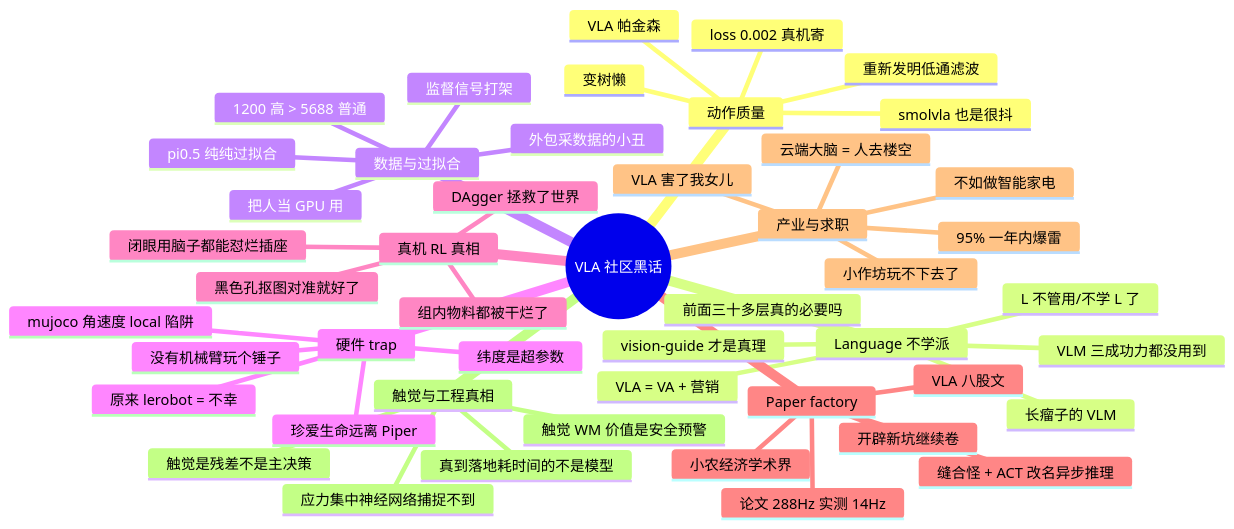
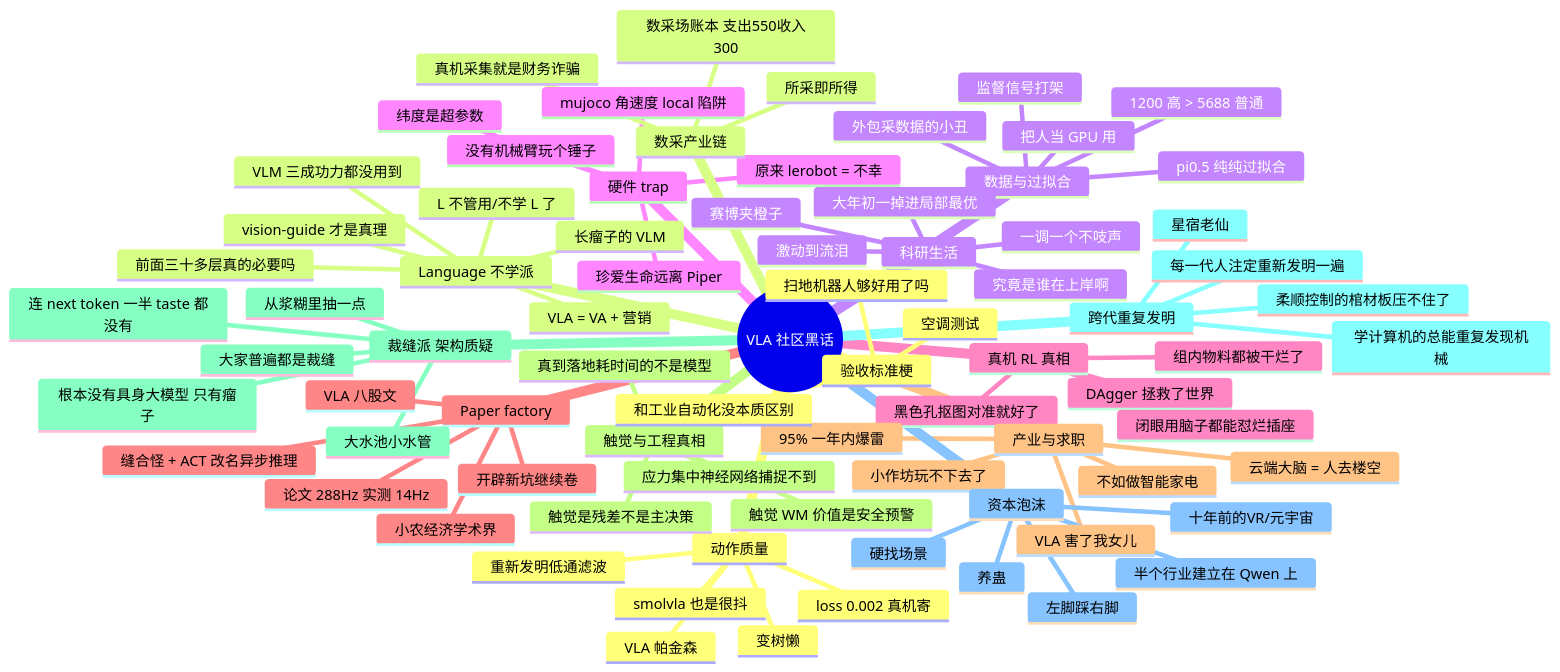
One commit to sou350121/VLA-Handbook changed the fourth of 5 diagrams in deployment/community_field_notes_xiaohongshu.md. Above: the diagram before and after it, drawn with Mermaid. The commit also changed other lines of this file, not shown here.

````diff
--- a/deployment/community_field_notes_xiaohongshu.md
+++ b/deployment/community_field_notes_xiaohongshu.md
@@ -3118,51 +3126,82 @@
 ```mermaid
 mindmap
   root(("VLA 社区黑话"))
     动作质量
       VLA 帕金森
       重新发明低通滤波
       变树懒
       smolvla 也是很抖
       loss 0.002 真机寄
     Language 不学派
       L 不管用/不学 L 了
       VLA = VA + 营销
       VLM 三成功力都没用到
       长瘤子的 VLM
       vision-guide 才是真理
       前面三十多层真的必要吗
     数据与过拟合
       监督信号打架
       pi0.5 纯纯过拟合
       1200 高 > 5688 普通
       外包采数据的小丑
       把人当 GPU 用
     硬件 trap
       纬度是超参数
       珍爱生命远离 Piper
       原来 lerobot = 不幸
       mujoco 角速度 local 陷阱
       没有机械臂玩个锤子
     真机 RL 真相
       DAgger 拯救了世界
       组内物料都被干烂了
       黑色孔抠图对准就好了
       闭眼用脑子都能怼烂插座
     Paper factory
       VLA 八股文
       开辟新坑继续卷
       小农经济学术界
       论文 288Hz 实测 14Hz
       缝合怪 + ACT 改名异步推理
     产业与求职
       95% 一年内爆雷
       云端大脑 = 人去楼空
       小作坊玩不下去了
       不如做智能家电
       VLA 害了我女儿
     触觉与工程真相
       触觉是残差不是主决策
       触觉 WM 价值是安全预警
       应力集中神经网络捕捉不到
       真到落地耗时间的不是模型
+    裁缝派 架构质疑
+      大家普遍都是裁缝
+      从浆糊里抽一点
+      根本没有具身大模型 只有瘤子
+      大水池小水管
+      连 next token 一半 taste 都没有
+    跨代重复发明
+      每一代人注定重新发明一遍
+      柔顺控制的棺材板压不住了
+      学计算机的总能重复发现机械
+      星宿老仙
+    资本泡沫
+      左脚踩右脚
+      硬找场景
+      养蛊
+      半个行业建立在 Qwen 上
+      十年前的VR/元宇宙
+    验收标准梗
+      扫地机器人够好用了吗
+      空调测试
+      和工业自动化没本质区别
+    数采产业链
+      真机采集就是财务诈骗
+      数采场账本 支出550收入300
+      所采即所得
+    科研生活
+      大年初一掉进局部最优
+      一调一个不吱声
+      赛博夹橙子
+      激动到流泪
+      究竟是谁在上岸啊
 ```
````
